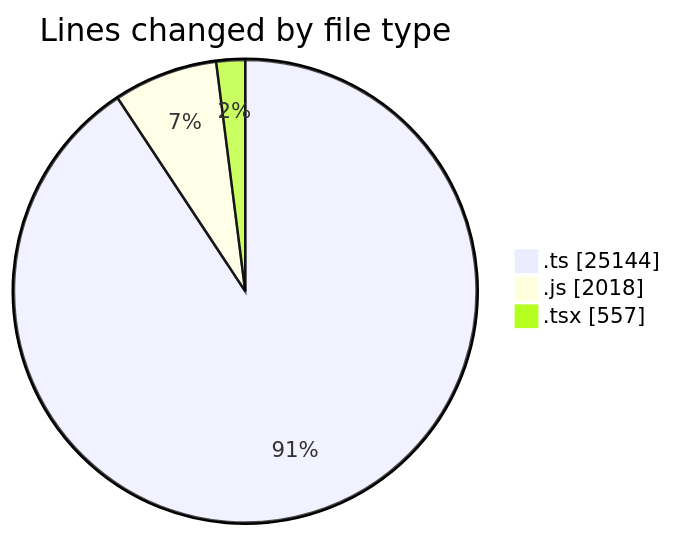
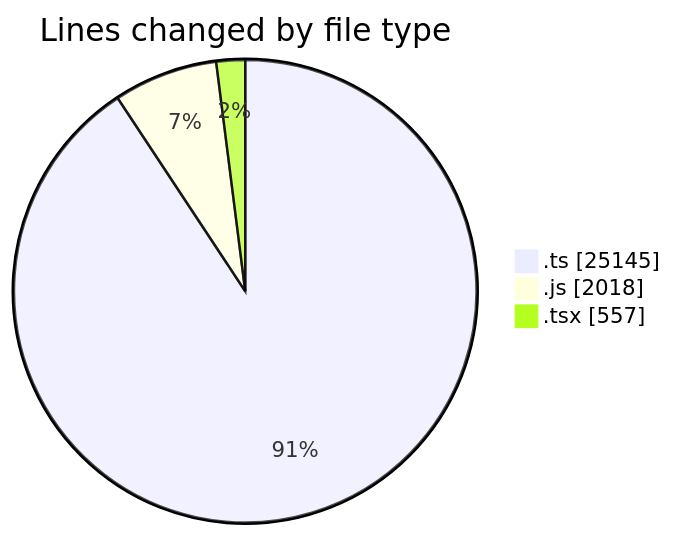
Before and after one commit to momahboobian/code-tracking: the first of 2 diagrams in 2025-06-20/cda/README.md, drawn with Mermaid. The commit also changed other lines of this file and 1 other file, not shown here.

````diff
--- a/2025-06-20/cda/README.md
+++ b/2025-06-20/cda/README.md
@@ -40,7 +40,7 @@
 ```mermaid
 pie showData
 title Lines changed by file type
-".ts" : 25144
+".ts" : 25145
 ".js" : 2018
 ".tsx" : 557
 ```
````
